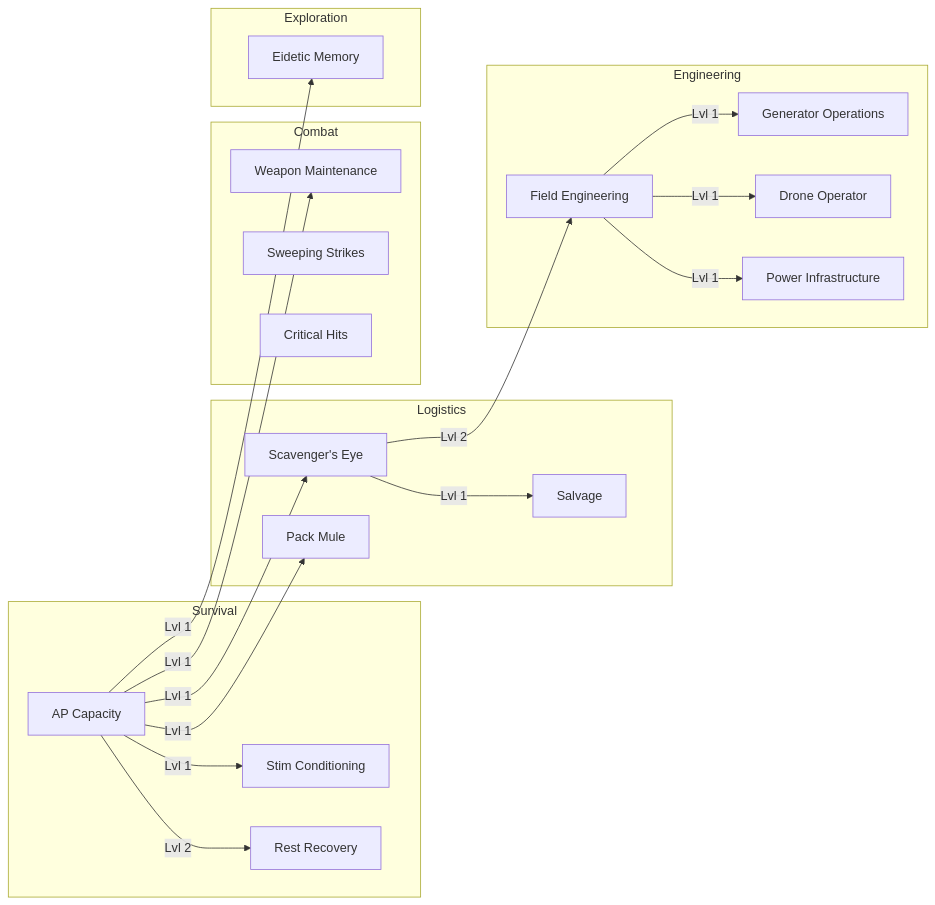
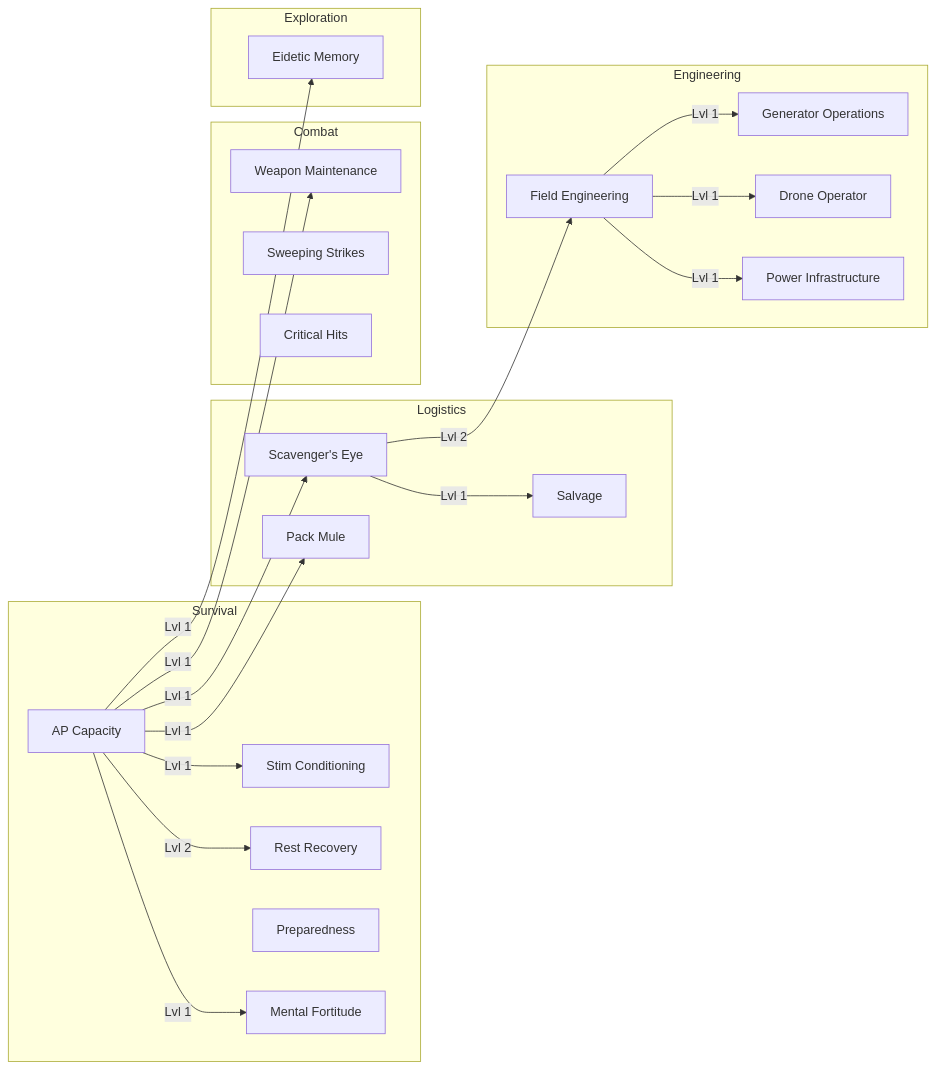
One commit to 2phost/hex-survival-wiki changed the diagram in content/Skills/index.md. Above: the diagram before and after it, drawn with Mermaid. The commit also changed other lines of this file and 110 other files, not shown here.

````diff
--- a/content/Skills/index.md
+++ b/content/Skills/index.md
@@ -10,60 +10,65 @@
 ```mermaid
 graph LR
  subgraph S[Survival]
   AP[AP Capacity]
   SC[Stim Conditioning]
   RR[Rest Recovery]
+  PR[Preparedness]
+  MF[Mental Fortitude]
  end
 
  subgraph L[Logistics]
   SE[Scavenger's Eye]
   PM[Pack Mule]
   SL[Salvage]
  end
 
  subgraph C[Combat]
   WM[Weapon Maintenance]
   SS[Sweeping Strikes]
   CH[Critical Hits]
  end
 
  subgraph E[Engineering]
   FE[Field Engineering]
   GO[Generator Operations]
   DO[Drone Operator]
   PI[Power Infrastructure]
  end
 
  subgraph EX[Exploration]
   EI[Eidetic Memory]
  end
 
  AP -->|Lvl 1| SE
  AP -->|Lvl 1| PM
  AP -->|Lvl 1| SC
  AP -->|Lvl 1| WM
  AP -->|Lvl 1| EI
+ AP -->|Lvl 1| MF
  AP -->|Lvl 2| RR
  
  SE -->|Lvl 1| SL
  SE -->|Lvl 2| FE
  
  FE -->|Lvl 1| GO
  FE -->|Lvl 1| DO
  FE -->|Lvl 1| PI
 
  click AP "/Skills/ap_capacity"
  click RR "/Skills/rest_recovery"
  click SC "/Skills/stim_conditioning"
+ click PR "/Skills/preparedness"
+ click MF "/Skills/mental_fortitude"
  click SE "/Skills/scavenger_eye"
  click PM "/Skills/pack_mule"
  click SL "/Skills/salvage"
  click FE "/Skills/field_engineering"
  click GO "/Skills/generator_operations"
  click DO "/Skills/drone_operator"
  click PI "/Skills/power_infrastructure"
  click EI "/Skills/eidetic_memory"
  click WM "/Skills/weapon_maintenance"
  click SS "/Skills/sweeping_strikes"
  click CH "/Skills/critical_hits"
 ```
````
